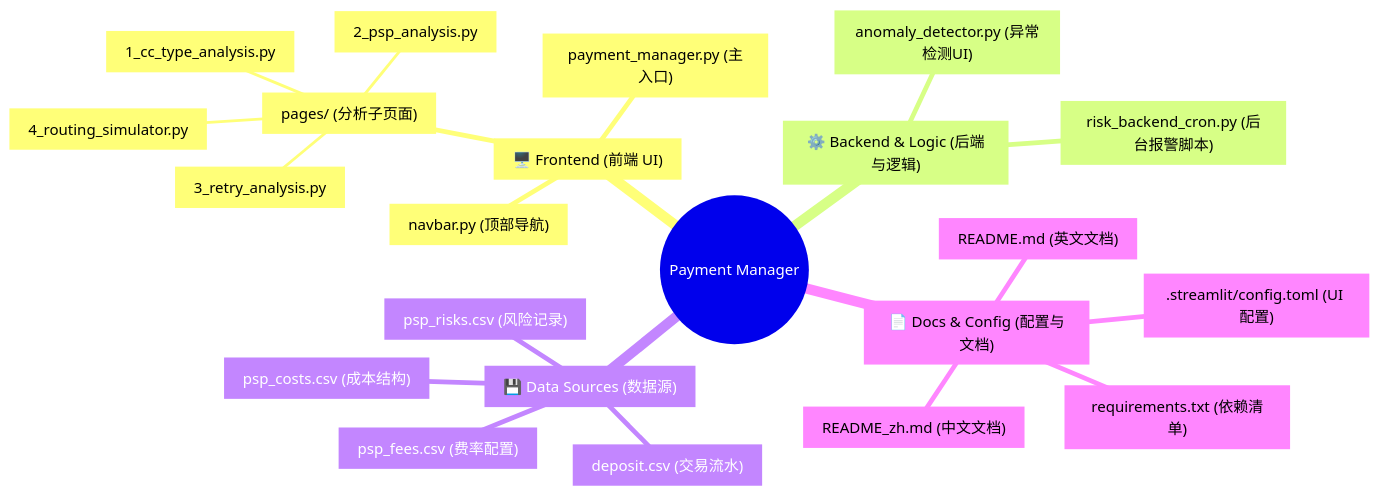
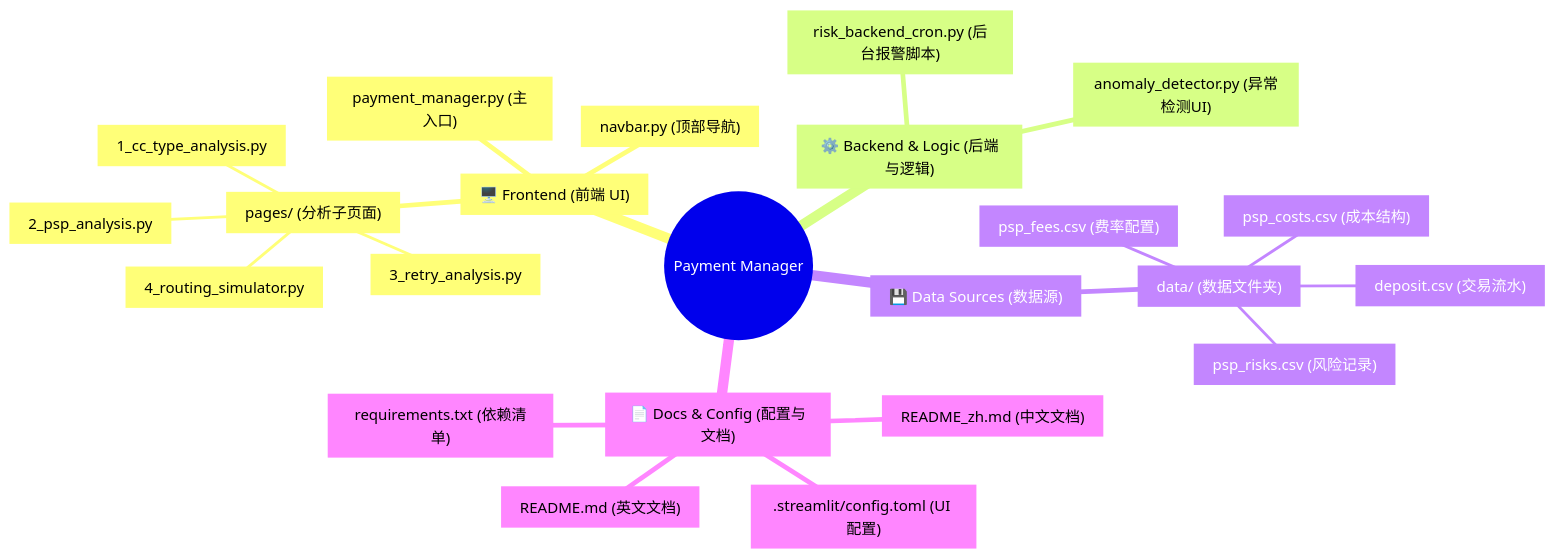
Before and after one commit to michellewang76-design/Practice: the diagram in Merchant_Deposit/README.md, drawn with Mermaid. The commit also changed other lines of this file and 10 other files, not shown here.

````diff
--- a/Merchant_Deposit/README.md
+++ b/Merchant_Deposit/README.md
@@ -10,25 +10,26 @@
 ```mermaid
 mindmap
   root((Payment Manager))
     ["🖥️ Frontend (前端 UI)"]
       ["payment_manager.py (主入口)"]
       ["navbar.py (顶部导航)"]
       ["pages/ (分析子页面)"]
         ["1_cc_type_analysis.py"]
         ["2_psp_analysis.py"]
         ["3_retry_analysis.py"]
         ["4_routing_simulator.py"]
     ["⚙️ Backend & Logic (后端与逻辑)"]
       ["anomaly_detector.py (异常检测UI)"]
       ["risk_backend_cron.py (后台报警脚本)"]
     ["💾 Data Sources (数据源)"]
-      ["deposit.csv (交易流水)"]
-      ["psp_costs.csv (成本结构)"]
-      ["psp_fees.csv (费率配置)"]
-      ["psp_risks.csv (风险记录)"]
+      ["data/ (数据文件夹)"]
+        ["deposit.csv (交易流水)"]
+        ["psp_costs.csv (成本结构)"]
+        ["psp_fees.csv (费率配置)"]
+        ["psp_risks.csv (风险记录)"]
     ["📄 Docs & Config (配置与文档)"]
       [".streamlit/config.toml (UI 配置)"]
       ["README.md (英文文档)"]
       ["README_zh.md (中文文档)"]
       ["requirements.txt (依赖清单)"]
 ```
````
